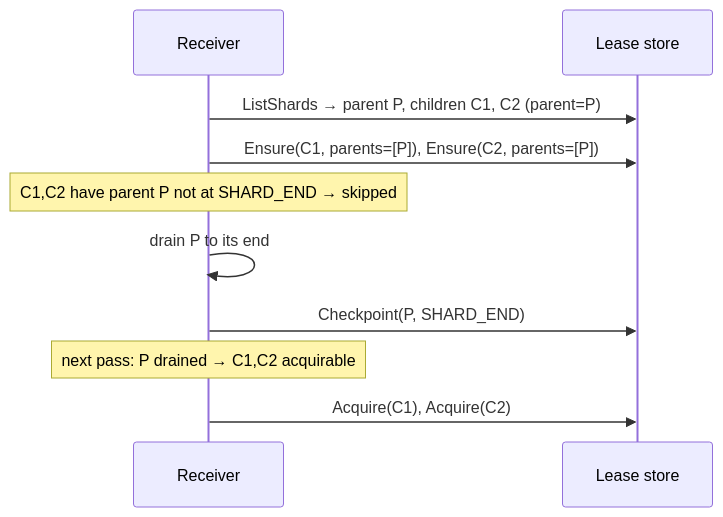
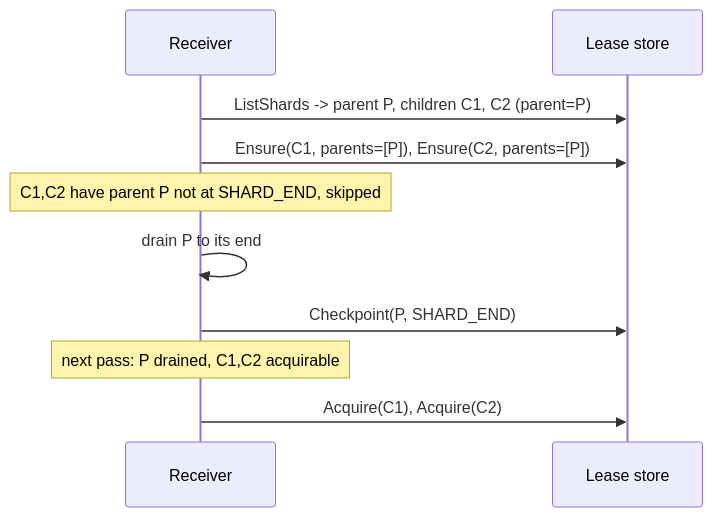
Before and after one commit to jrglee/opentelemetry-kinesis-stream: the fifth of 6 diagrams in docs/user-guide.md, drawn with Mermaid. The commit also changed other lines of this file and 1 other file, not shown here.

First line of the commit message:
Verify reshard invariant synthetically; fix user-guide diagrams

````diff
--- a/docs/user-guide.md
+++ b/docs/user-guide.md
@@ -505,13 +499,13 @@
 ```mermaid
 sequenceDiagram
     participant RX as Receiver
     participant L as Lease store
 
-    RX->>L: ListShards → parent P, children C1, C2 (parent=P)
+    RX->>L: ListShards -> parent P, children C1, C2 (parent=P)
     RX->>L: Ensure(C1, parents=[P]), Ensure(C2, parents=[P])
-    Note over RX: C1,C2 have parent P not at SHARD_END → skipped
+    Note over RX: C1,C2 have parent P not at SHARD_END, skipped
     RX->>RX: drain P to its end
     RX->>L: Checkpoint(P, SHARD_END)
-    Note over RX: next pass: P drained → C1,C2 acquirable
+    Note over RX: next pass: P drained, C1,C2 acquirable
     RX->>L: Acquire(C1), Acquire(C2)
 ```
````
